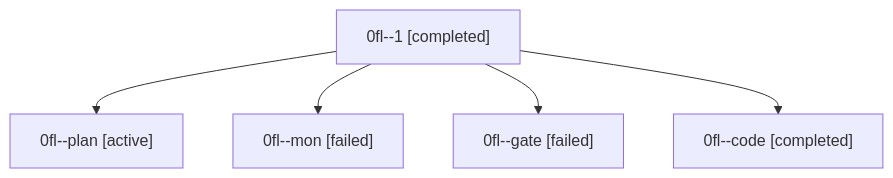
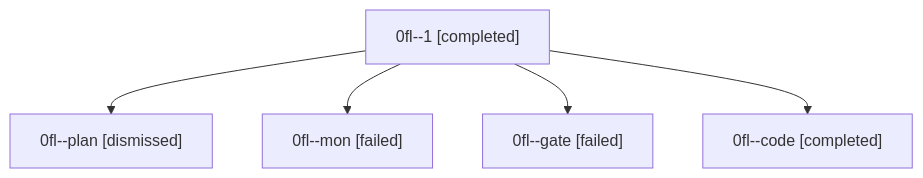
One commit to sase-org/sase--agents changed the diagram in sessions/bbugyi200.athena.0fl.md. Above: the diagram before and after it, drawn with Mermaid. The commit also changed other lines of this file and 39 other files, not shown here.

````diff
--- a/sessions/bbugyi200.athena.0fl.md
+++ b/sessions/bbugyi200.athena.0fl.md
@@ -9,12 +9,12 @@
 ```mermaid
 flowchart TD
   n0["0fl--1 [completed]"]
-  n1["0fl--plan [active]"]
+  n1["0fl--plan [dismissed]"]
   n0 --> n1
   n2["0fl--mon [failed]"]
   n0 --> n2
   n3["0fl--gate [failed]"]
   n0 --> n3
   n4["0fl--code [completed]"]
   n0 --> n4
 ```
````
